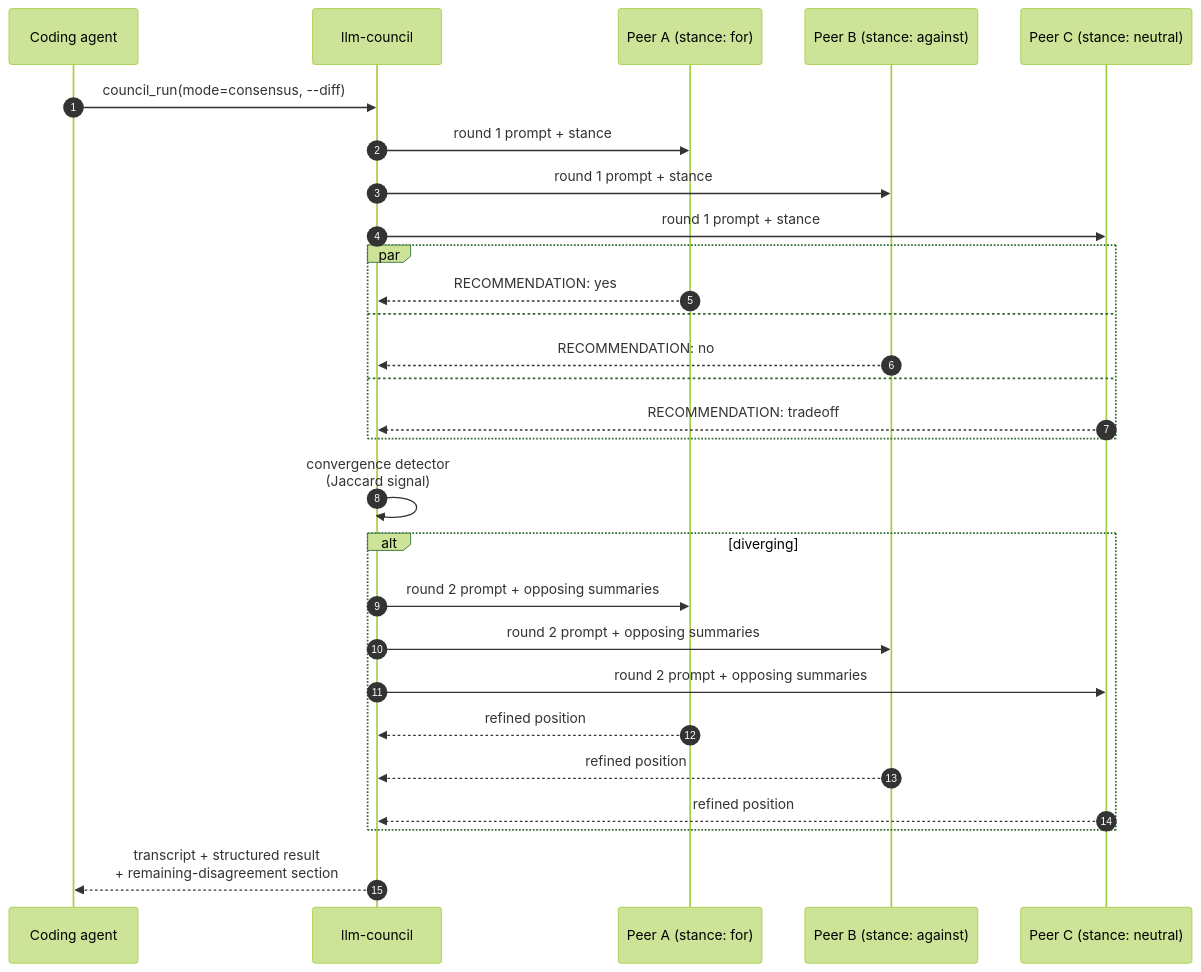
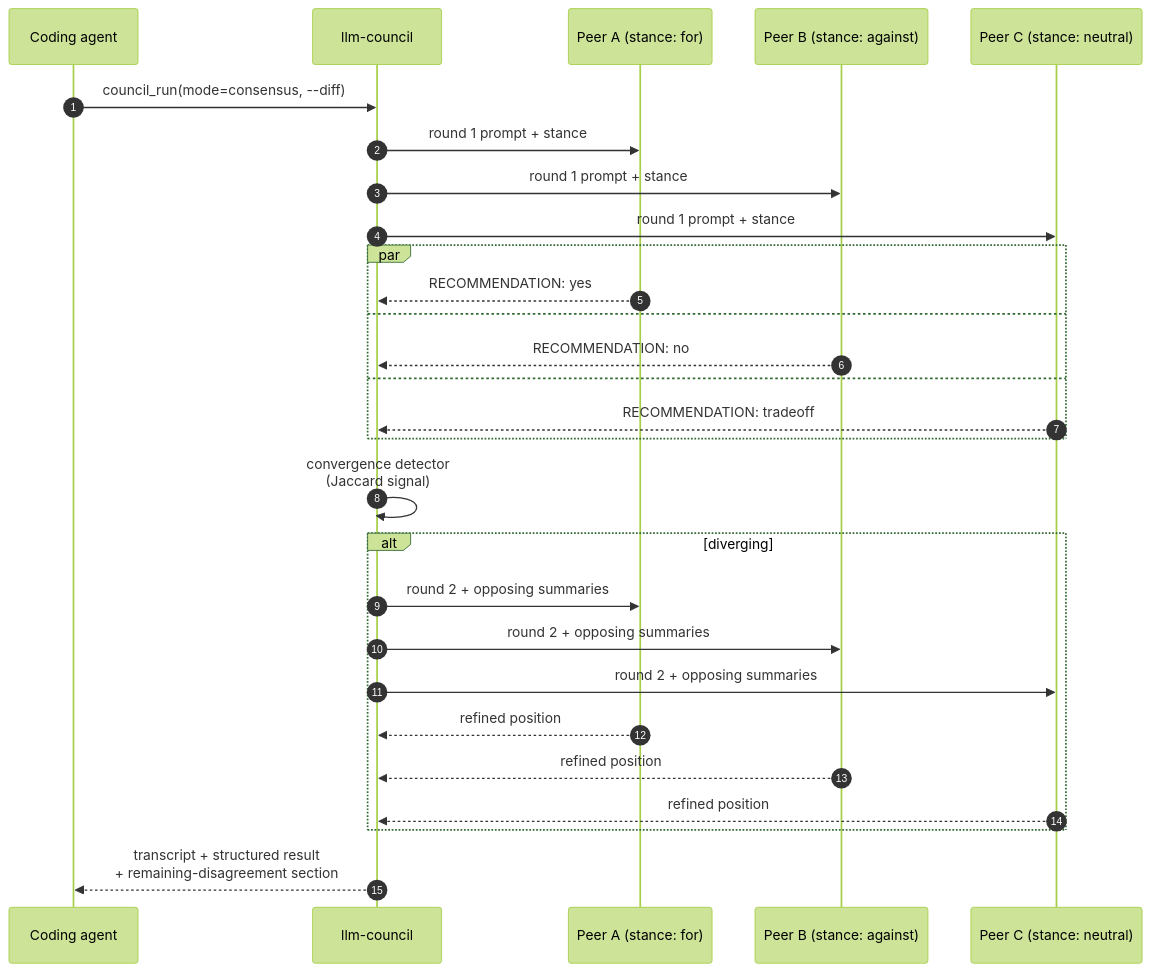
Before and after one commit to Intellimetrics/llm-council: the diagram in README.md, drawn with Mermaid (forest theme). The commit also changed other lines of this file, not shown here.

````diff
--- a/README.md
+++ b/README.md
@@ -336,31 +142,31 @@
 ```mermaid
 sequenceDiagram
     autonumber
     participant Agent as Coding agent
     participant Council as llm-council
     participant For as Peer A (stance: for)
     participant Against as Peer B (stance: against)
     participant Neutral as Peer C (stance: neutral)
 
     Agent->>Council: council_run(mode=consensus, --diff)
     Council->>For: round 1 prompt + stance
     Council->>Against: round 1 prompt + stance
     Council->>Neutral: round 1 prompt + stance
     par
         For-->>Council: RECOMMENDATION: yes
     and
         Against-->>Council: RECOMMENDATION: no
     and
         Neutral-->>Council: RECOMMENDATION: tradeoff
     end
     Council->>Council: convergence detector<br/>(Jaccard signal)
     alt diverging
-        Council->>For: round 2 prompt + opposing summaries
-        Council->>Against: round 2 prompt + opposing summaries
-        Council->>Neutral: round 2 prompt + opposing summaries
+        Council->>For: round 2 + opposing summaries
+        Council->>Against: round 2 + opposing summaries
+        Council->>Neutral: round 2 + opposing summaries
         For-->>Council: refined position
         Against-->>Council: refined position
         Neutral-->>Council: refined position
     end
     Council-->>Agent: transcript + structured result<br/>+ remaining-disagreement section
 ```
````
